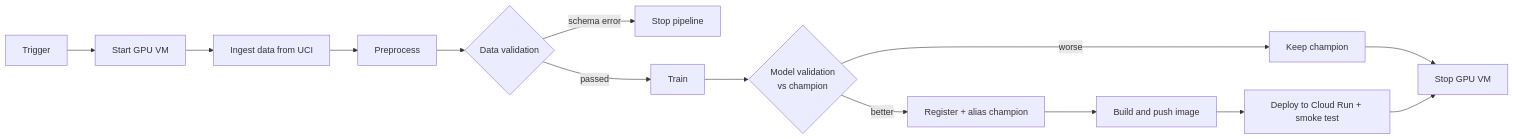
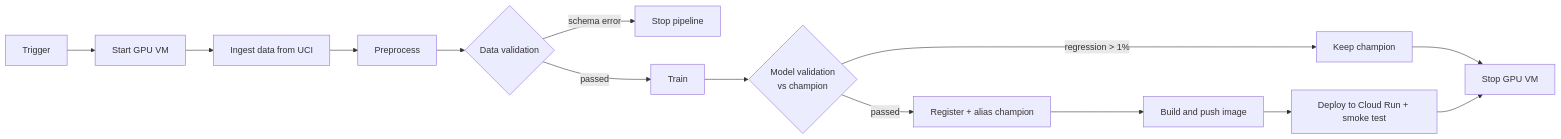
One commit to lostmys3lf/final-project-building-a-machine-learning-system changed the second of 2 diagrams in README.md. Above: the diagram before and after it, drawn with Mermaid. The commit also changed other lines of this file, not shown here.

Commit message:
Document 1% non-regression rule for model validation

````diff
--- a/README.md
+++ b/README.md
@@ -100,11 +100,11 @@
 ```mermaid
 flowchart LR
     T[Trigger] --> S[Start GPU VM]
     S --> I[Ingest data from UCI] --> P[Preprocess] --> DV{Data validation}
     DV -- schema error --> X[Stop pipeline]
     DV -- passed --> TR[Train] --> MV{Model validation<br/>vs champion}
-    MV -- worse --> K[Keep champion]
-    MV -- better --> R[Register + alias champion] --> B[Build and push image] --> D[Deploy to Cloud Run + smoke test]
+    MV -- regression > 1% --> K[Keep champion]
+    MV -- passed --> R[Register + alias champion] --> B[Build and push image] --> D[Deploy to Cloud Run + smoke test]
     K --> O[Stop GPU VM]
     D --> O
 ```
````
